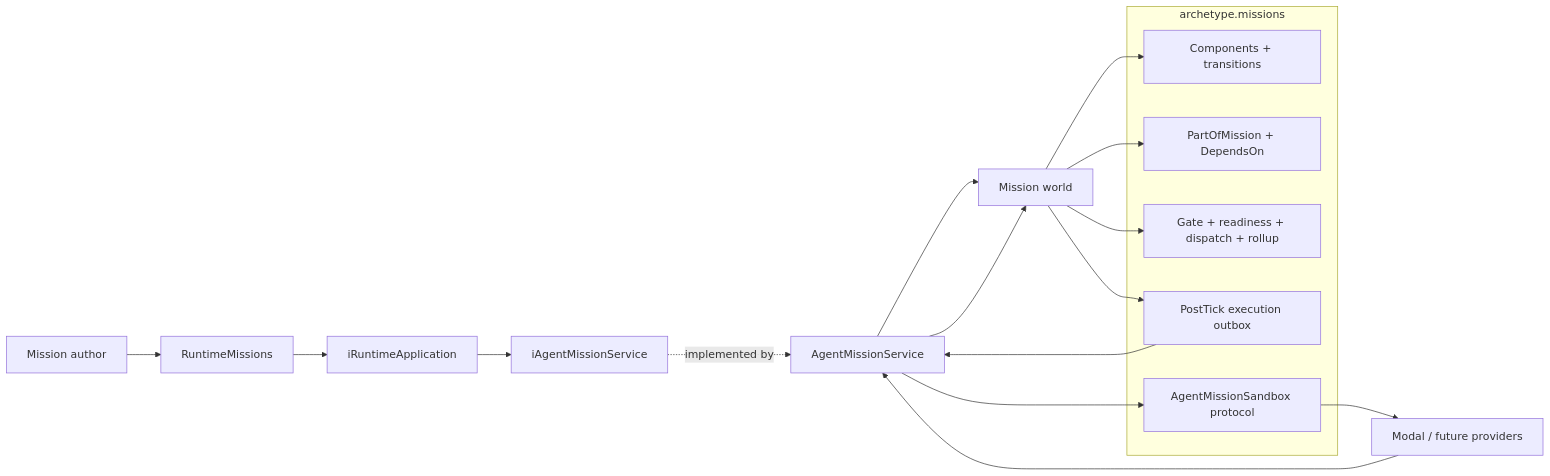
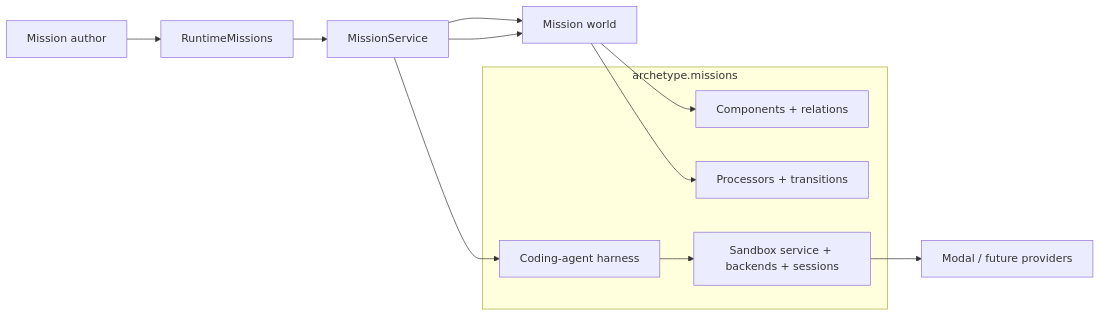
Before and after one commit to VangelisTech/archetype: the first of 3 diagrams in docs/guide/agent-missions.md, drawn with Mermaid. The commit also changed other lines of this file, not shown here.

Commit message:
docs: define agent missions software factory contract

````diff
--- a/docs/guide/agent-missions.md
+++ b/docs/guide/agent-missions.md
@@ -157,26 +148,20 @@
 ```mermaid
 flowchart LR
     Author[Mission author] --> Runtime[RuntimeMissions]
-    Runtime --> Application[iRuntimeApplication]
-    Application --> Port[iAgentMissionService]
-    Port -. implemented by .-> Service[AgentMissionService]
-    Service --> World[Mission world]
+    Runtime --> App[MissionService]
+    App --> World[Mission world]
 
-    subgraph Family[archetype.missions]
-        State[Components + transitions]
-        Graph[PartOfMission + DependsOn]
-        Pipeline[Gate + readiness + dispatch + rollup]
-        Outbox[PostTick execution outbox]
-        SandboxPort[AgentMissionSandbox protocol]
+    subgraph Domain[archetype.missions]
+        State[Components + relations]
+        Behavior[Processors + transitions]
+        Agents[Coding-agent harness]
+        Sandboxes[Sandbox service + backends + sessions]
     end
 
     World --> State
-    World --> Graph
-    World --> Pipeline
-    World --> Outbox
-    Outbox --> Service
-    Service --> SandboxPort
-    SandboxPort --> Provider[Modal / future providers]
-    Provider --> Service
-    Service --> World
+    World --> Behavior
+    App --> Agents
+    Agents --> Sandboxes
+    Sandboxes --> Provider[Modal / future providers]
+    App --> World
 ```
````
